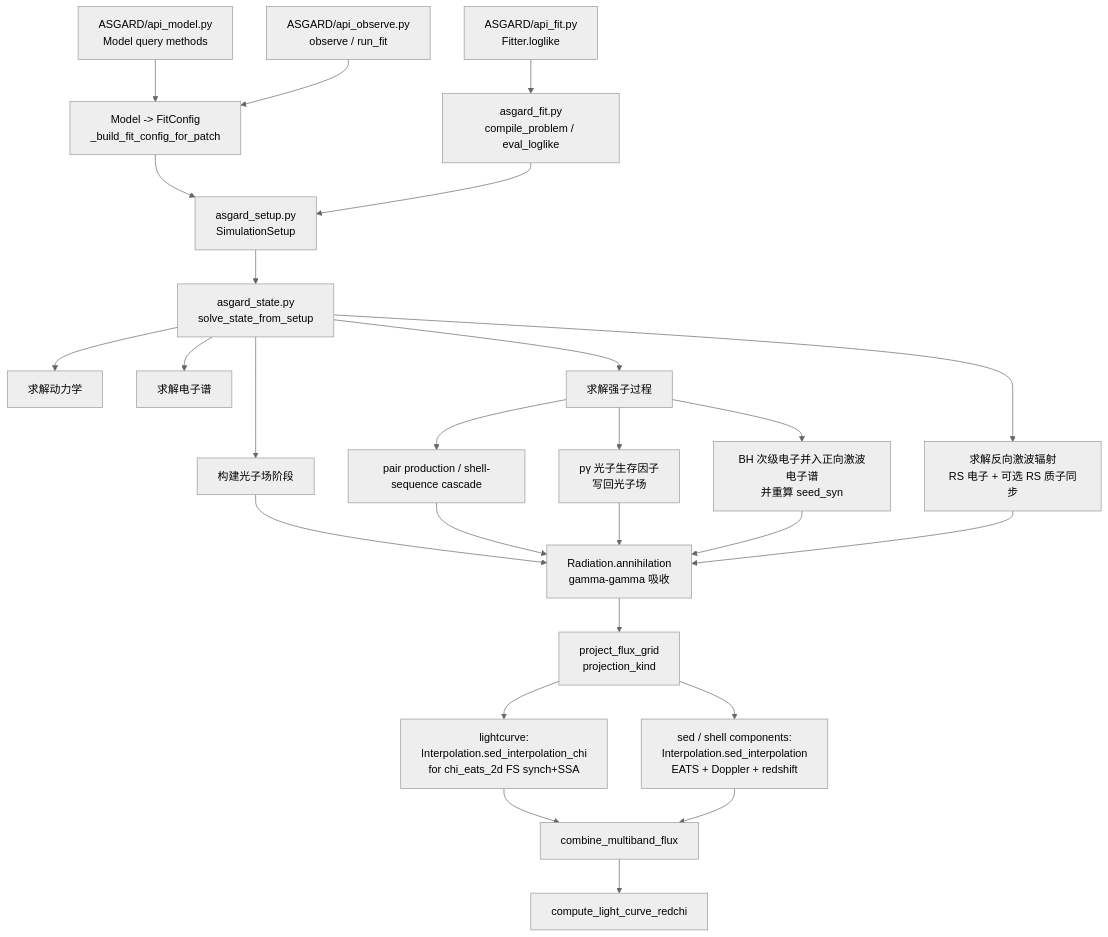
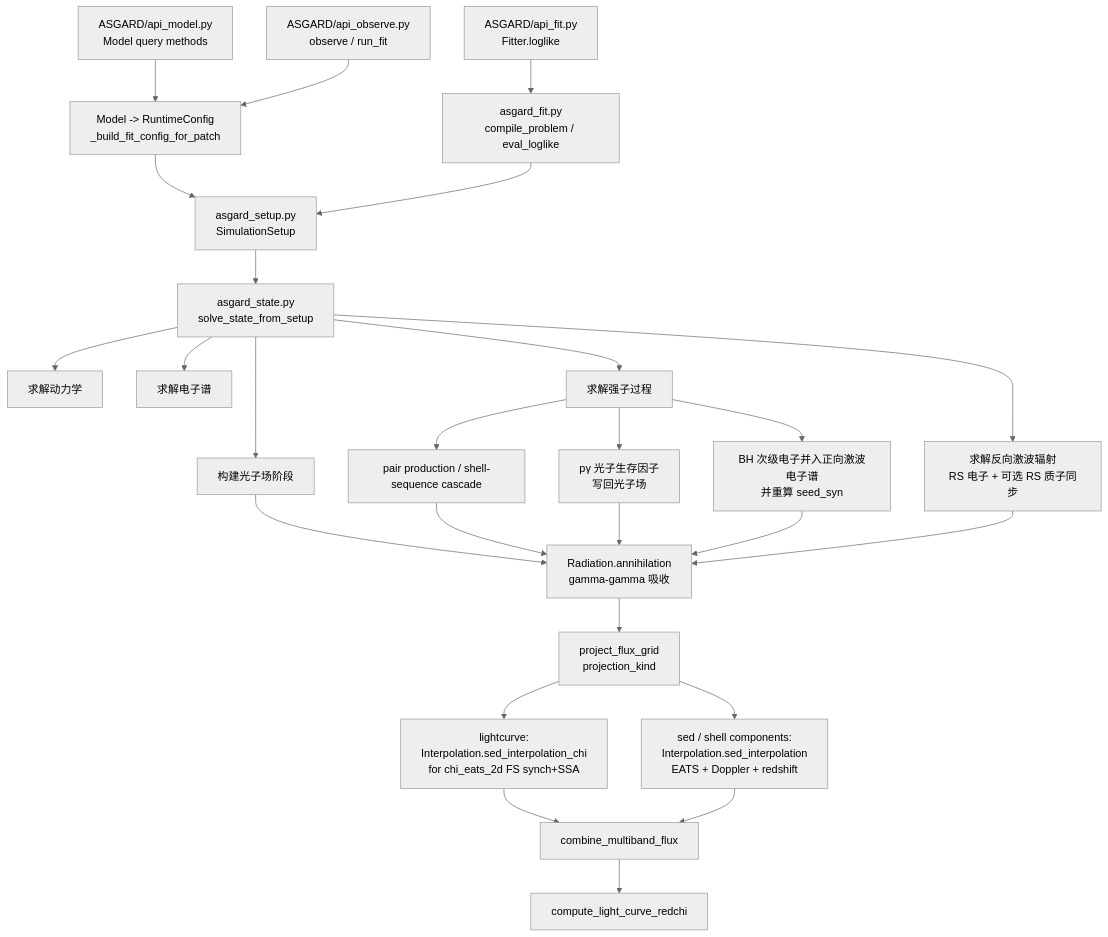
One commit to mikuru1096/ASGARD_GRBAfterglow changed the first of 2 diagrams in doc/call_chain.md. Above: the diagram before and after it, drawn with Mermaid (neutral theme). The commit also changed 104 other files, not shown here.

````diff
--- a/doc/call_chain.md
+++ b/doc/call_chain.md
@@ -5,28 +5,28 @@
 ```mermaid
 flowchart TD
-    A["ASGARD/api_model.py\nModel query methods"] --> B["Model -> FitConfig\n_build_fit_config_for_patch"]
+    A["ASGARD/api_model.py\nModel query methods"] --> B["Model -> RuntimeConfig\n_build_fit_config_for_patch"]
     X["ASGARD/api_observe.py\nobserve / run_fit"] --> B
     Y["ASGARD/api_fit.py\nFitter.loglike"] --> C["asgard_fit.py\ncompile_problem / eval_loglike"]
     B --> S["asgard_setup.py\nSimulationSetup"]
     C --> S
     S --> D["asgard_state.py\nsolve_state_from_setup"]
     D --> E["求解动力学"]
     D --> F["求解电子谱"]
     D --> G["求解反向激波辐射\nRS 电子 + 可选 RS 质子同步"]
     D --> H["构建光子场阶段"]
     D --> I["求解强子过程"]
     I --> J["BH 次级电子并入正向激波电子谱\n并重算 seed_syn"]
     I --> K["pγ 光子生存因子\n写回光子场"]
     I --> Q["pair production / shell-sequence cascade"]
     H --> L["Radiation.annihilation\ngamma-gamma 吸收"]
     Q --> L
     K --> L
     J --> L
     G --> L
     L --> M["project_flux_grid\nprojection_kind"]
     M --> N["lightcurve:\nInterpolation.sed_interpolation_chi\nfor chi_eats_2d FS synch+SSA"]
     M --> R["sed / shell components:\nInterpolation.sed_interpolation\nEATS + Doppler + redshift"]
     N --> O["combine_multiband_flux"]
     R --> O
     O --> P["compute_light_curve_redchi"]
 ```
````
